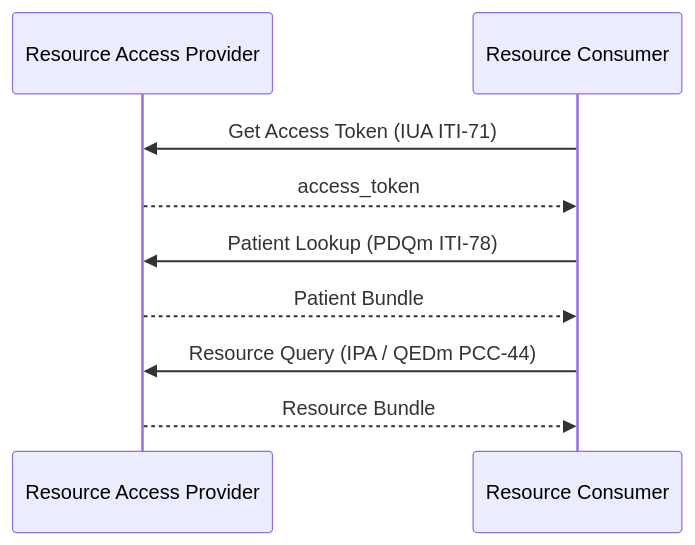
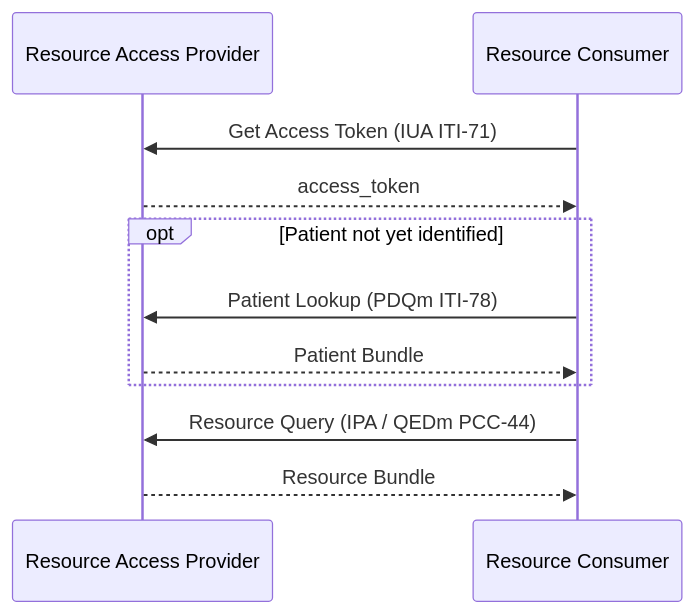
Before and after one commit to euridice-org/eu-health-data-api: the second of 2 diagrams in input/pagecontent/actors.md, drawn with Mermaid. The commit also changed other lines of this file, not shown here.

Commit message:
FHIR-56155: mark patient lookup optional in actors sequence diagrams (Reinhard 2.2.2 ambiguity)

````diff
--- a/input/pagecontent/actors.md
+++ b/input/pagecontent/actors.md
@@ -149,12 +153,14 @@
 ```mermaid
 sequenceDiagram
     participant Provider as Resource Access Provider
     participant Consumer as Resource Consumer
 
     Consumer->>Provider: Get Access Token (IUA ITI-71)
     Provider-->>Consumer: access_token
-    Consumer->>Provider: Patient Lookup (PDQm ITI-78)
-    Provider-->>Consumer: Patient Bundle
+    opt Patient not yet identified
+        Consumer->>Provider: Patient Lookup (PDQm ITI-78)
+        Provider-->>Consumer: Patient Bundle
+    end
     Consumer->>Provider: Resource Query (IPA / QEDm PCC-44)
     Provider-->>Consumer: Resource Bundle
 ```
````
